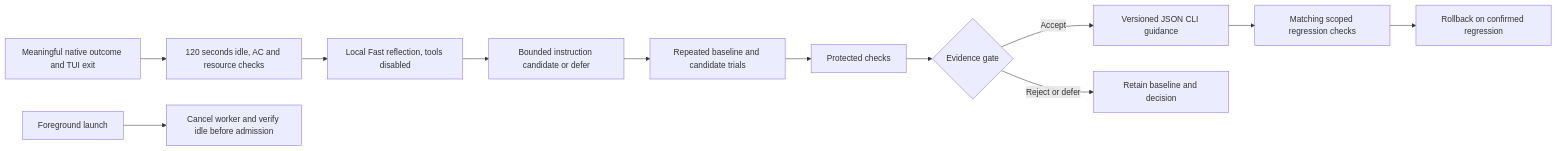
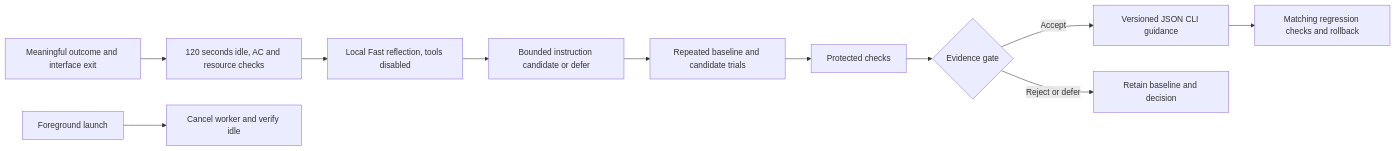
The second of 2 diagrams in README.md (PranavMishra28/kryn), drawn with Mermaid before and after one commit. The commit also changed other lines of this file and 5 other files, not shown here.

````diff
--- a/README.md
+++ b/README.md
@@ -77,14 +79,13 @@
 ```mermaid
 flowchart LR
-    E[Meaningful native outcome and TUI exit] --> I[120 seconds idle, AC and resource checks]
+    E[Meaningful outcome and interface exit] --> I[120 seconds idle, AC and resource checks]
     I --> R[Local Fast reflection, tools disabled]
     R --> C[Bounded instruction candidate or defer]
     C --> P[Repeated baseline and candidate trials]
     P --> H[Protected checks]
     H --> D{Evidence gate}
     D -->|Accept| V[Versioned JSON CLI guidance]
     D -->|Reject or defer| N[Retain baseline and decision]
-    V --> M[Matching scoped regression checks]
-    M --> B[Rollback on confirmed regression]
-    F[Foreground launch] --> Y[Cancel worker and verify idle before admission]
+    V --> M[Matching regression checks and rollback]
+    F[Foreground launch] --> Y[Cancel worker and verify idle]
 ```
````
